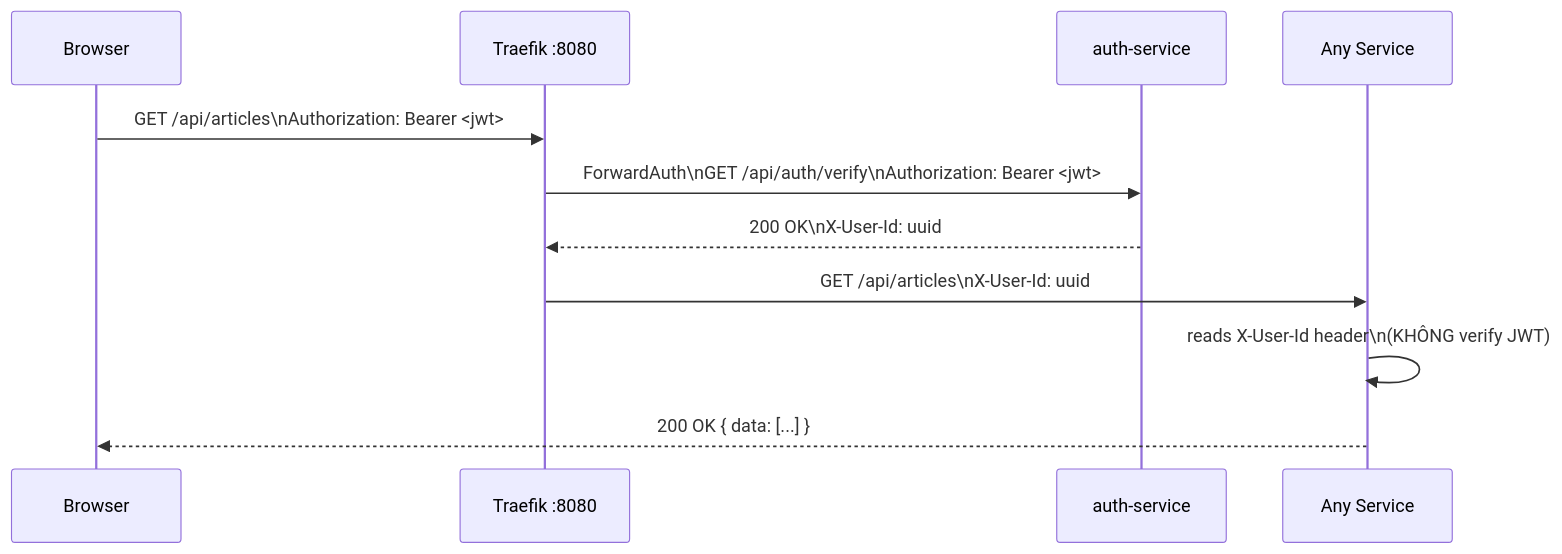
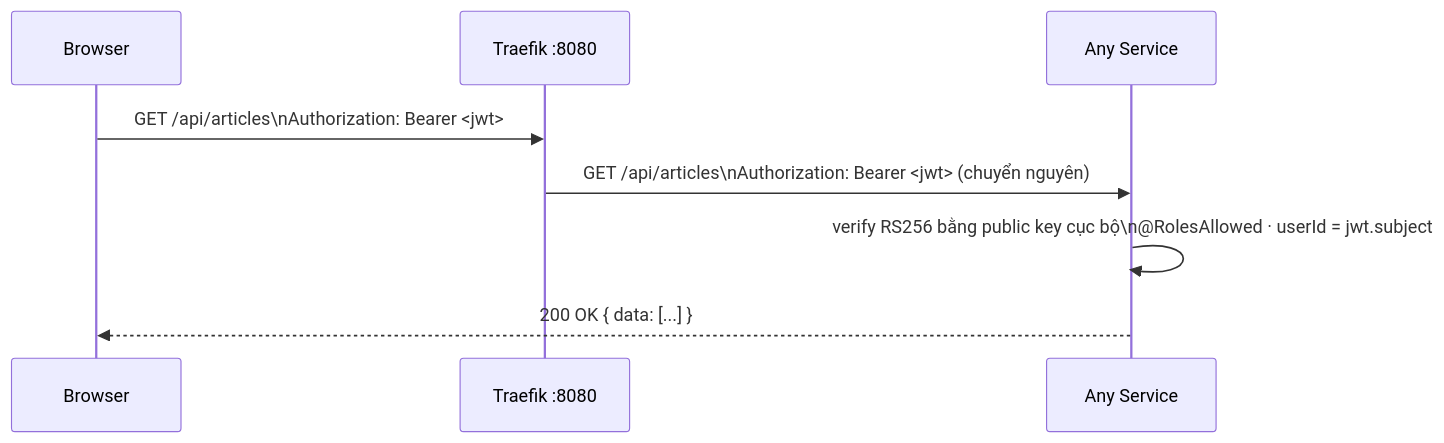
One commit to nguyen-tri-nhan/mini-social-network changed the second of 6 diagrams in specs/be-overview.md. Above: the diagram before and after it, drawn with Mermaid. The commit also changed other lines of this file and 40 other files, not shown here.

````diff
--- a/specs/be-overview.md
+++ b/specs/be-overview.md
@@ -124,14 +131,11 @@
 ```mermaid
 sequenceDiagram
     participant FE as Browser
     participant GW as Traefik :8080
-    participant AS as auth-service
     participant SVC as Any Service
 
     FE->>GW: GET /api/articles\nAuthorization: Bearer <jwt>
-    GW->>AS: ForwardAuth\nGET /api/auth/verify\nAuthorization: Bearer <jwt>
-    AS-->>GW: 200 OK\nX-User-Id: uuid
-    GW->>SVC: GET /api/articles\nX-User-Id: uuid
-    SVC->>SVC: reads X-User-Id header\n(KHÔNG verify JWT)
+    GW->>SVC: GET /api/articles\nAuthorization: Bearer <jwt> (chuyển nguyên)
+    SVC->>SVC: verify RS256 bằng public key cục bộ\n@RolesAllowed · userId = jwt.subject
     SVC-->>FE: 200 OK { data: [...] }
 ```
````
